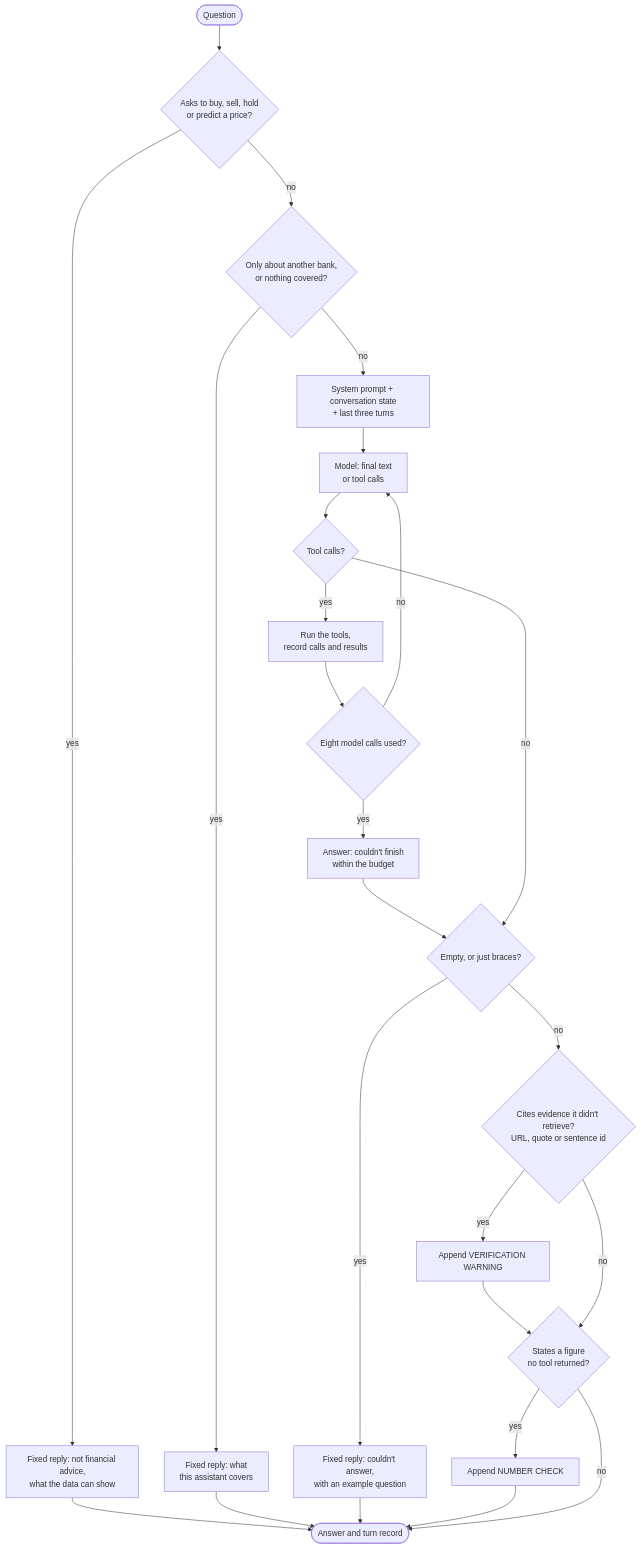
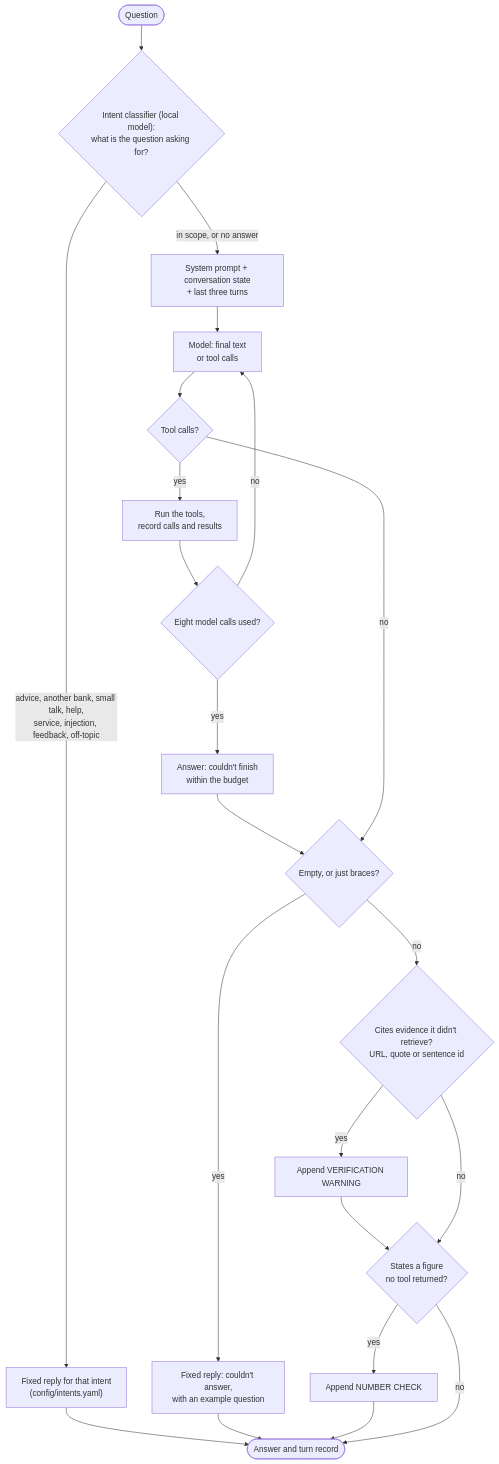
One commit to Gavingyh/plp-project changed the diagram in docs/diagrams/src/07-chatbot-turn.mmd. Above: the diagram before and after it, drawn with Mermaid. The commit also changed 34 other files, not shown here.

First line of the commit message:
Docs for the intent classifier and chatbot settings; diagrams redrawn

```diff
--- a/docs/diagrams/src/07-chatbot-turn.mmd
+++ b/docs/diagrams/src/07-chatbot-turn.mmd
@@ -1,38 +1,34 @@
 flowchart TB
   accTitle: One chatbot turn
-  accDescr: Two input guards can answer without the model. Otherwise the model calls tools in a loop of at most eight calls; its answer then passes an empty-answer check, a citation check and a figure check before it is shown.
+  accDescr: A local model sorts the question first; every intent except in-scope gets a fixed reply without the chatbot model, and a question the classifier can't sort goes on to the model. Otherwise the model calls tools in a loop of at most eight calls; its answer then passes an empty-answer check, a citation check and a figure check before it is shown.
 
   q(["Question"])
-  adv{"Asks to buy, sell, hold<br/>or predict a price?"}
-  advR["Fixed reply: not financial advice,<br/>what the data can show"]
-  sco{"Only about another bank,<br/>or nothing covered?"}
-  scoR["Fixed reply: what<br/>this assistant covers"]
+  cls{"Intent classifier (local model):<br/>what is the question asking for?"}
+  fixR["Fixed reply for that intent<br/>(config/intents.yaml)"]
   ctx["System prompt + conversation state<br/>+ last three turns"]
   llm["Model: final text<br/>or tool calls"]
   tc{"Tool calls?"}
   tools["Run the tools,<br/>record calls and results"]
   cap{"Eight model calls used?"}
   budget["Answer: couldn't finish<br/>within the budget"]
   emp{"Empty, or just braces?"}
   empR["Fixed reply: couldn't answer,<br/>with an example question"]
   cite{"Cites evidence it didn't retrieve?<br/>URL, quote or sentence id"}
   w1["Append VERIFICATION WARNING"]
   num{"States a figure<br/>no tool returned?"}
   w2["Append NUMBER CHECK"]
   out(["Answer and turn record"])
 
-  q --> adv
-  adv -- yes --> advR --> out
-  adv -- no --> sco
-  sco -- yes --> scoR --> out
-  sco -- no --> ctx --> llm --> tc
+  q --> cls
+  cls -- "advice, another bank, small talk, help,<br/>service, injection, feedback, off-topic" --> fixR --> out
+  cls -- "in scope, or no answer" --> ctx --> llm --> tc
   tc -- yes --> tools --> cap
   cap -- no --> llm
   cap -- yes --> budget --> emp
   tc -- no --> emp
   emp -- yes --> empR --> out
   emp -- no --> cite
   cite -- yes --> w1 --> num
   cite -- no --> num
   num -- yes --> w2 --> out
   num -- no --> out
```
